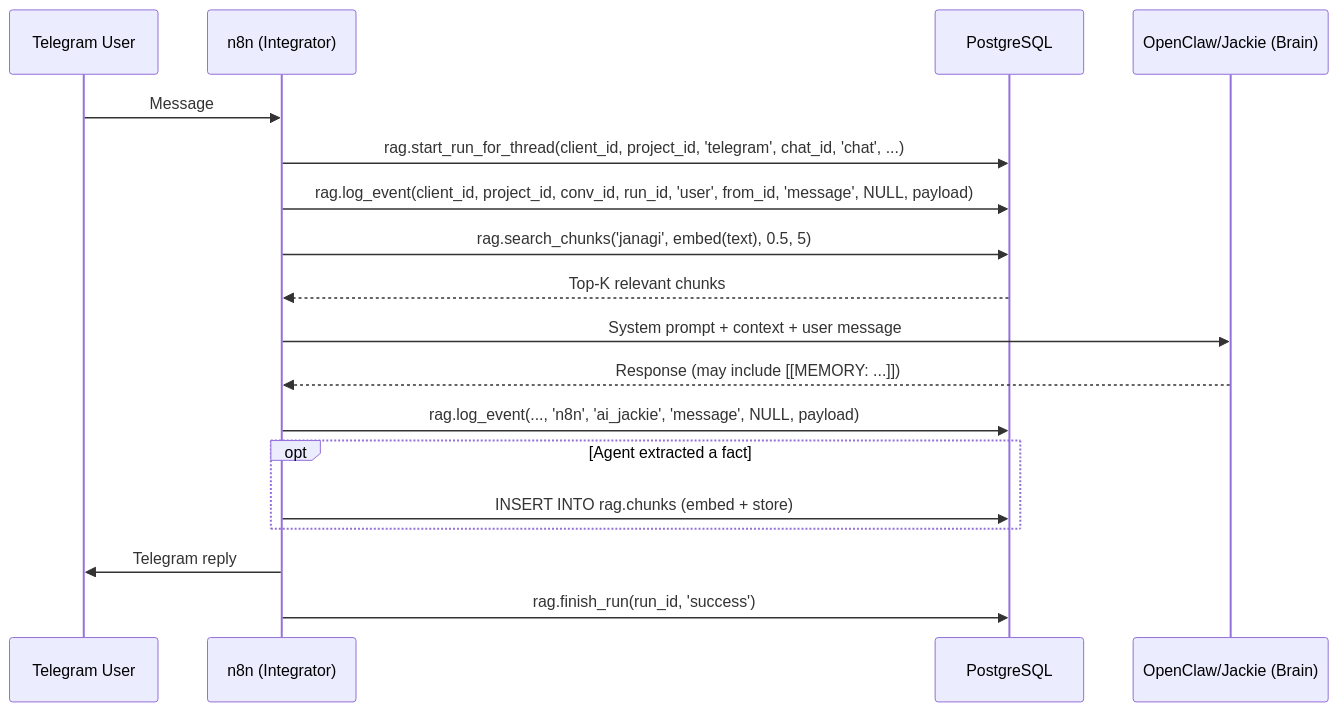
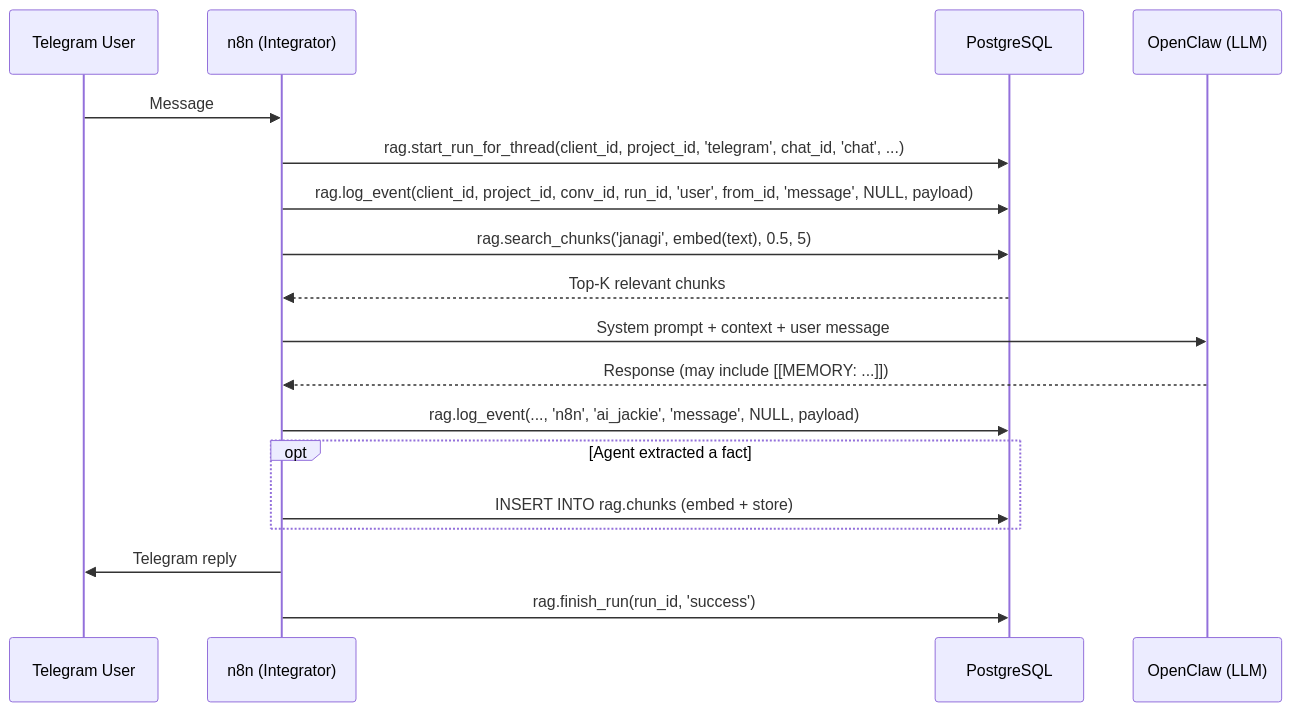
Before and after one commit to HonzaHezina/janAGI: the diagram in ops/docs/MEMORY_ARCHITECTURE.md, drawn with Mermaid. The commit also changed other lines of this file and 6 other files, not shown here.

First line of the commit message:
docs: fix OpenClaw/Jackie relationship — OpenClaw is LLM, Jackie is agent persona

````diff
--- a/ops/docs/MEMORY_ARCHITECTURE.md
+++ b/ops/docs/MEMORY_ARCHITECTURE.md
@@ -31,23 +33,23 @@
 ```mermaid
 sequenceDiagram
     participant U as Telegram User
     participant N as n8n (Integrator)
     participant DB as PostgreSQL
-    participant AI as OpenClaw/Jackie (Brain)
+    participant AI as OpenClaw (LLM)
 
     U->>N: Message
     N->>DB: rag.start_run_for_thread(client_id, project_id, 'telegram', chat_id, 'chat', ...)
     N->>DB: rag.log_event(client_id, project_id, conv_id, run_id, 'user', from_id, 'message', NULL, payload)
     N->>DB: rag.search_chunks('janagi', embed(text), 0.5, 5)
     DB-->>N: Top-K relevant chunks
     N->>AI: System prompt + context + user message
     AI-->>N: Response (may include [[MEMORY: ...]])
     N->>DB: rag.log_event(..., 'n8n', 'ai_jackie', 'message', NULL, payload)
     
     opt Agent extracted a fact
         N->>DB: INSERT INTO rag.chunks (embed + store)
     end
     
     N->>U: Telegram reply
     N->>DB: rag.finish_run(run_id, 'success')
 ```
````
